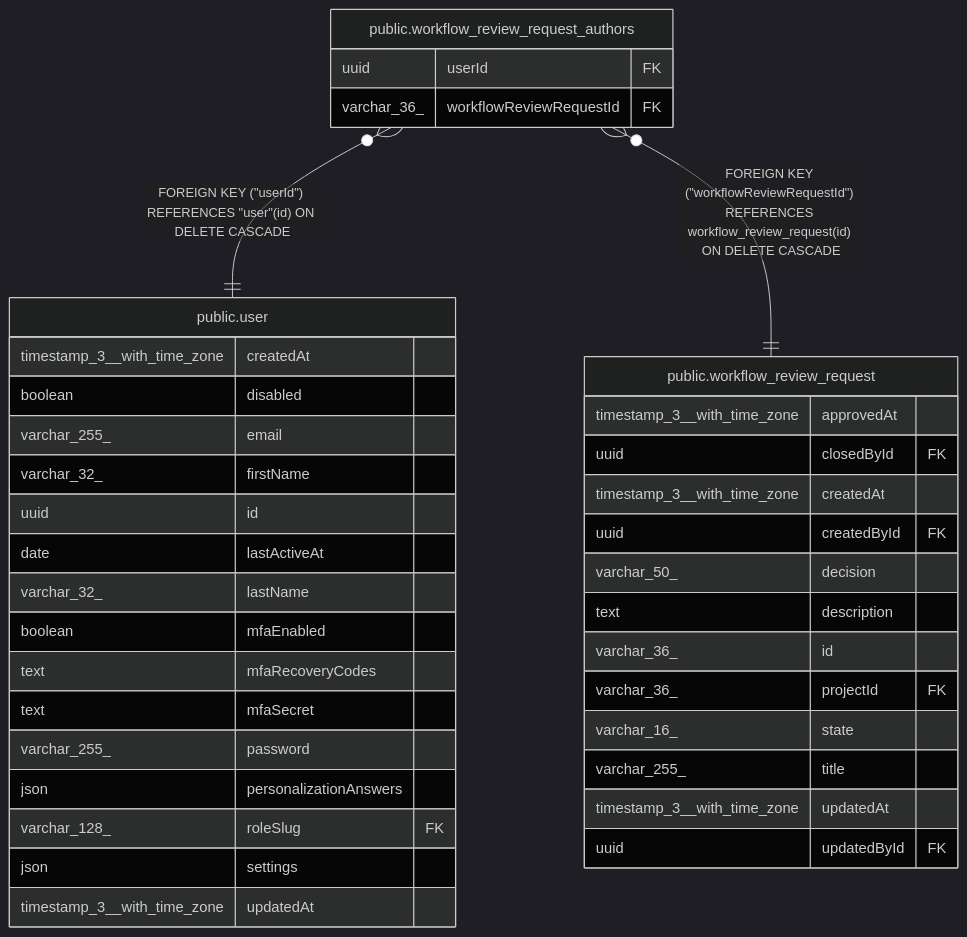
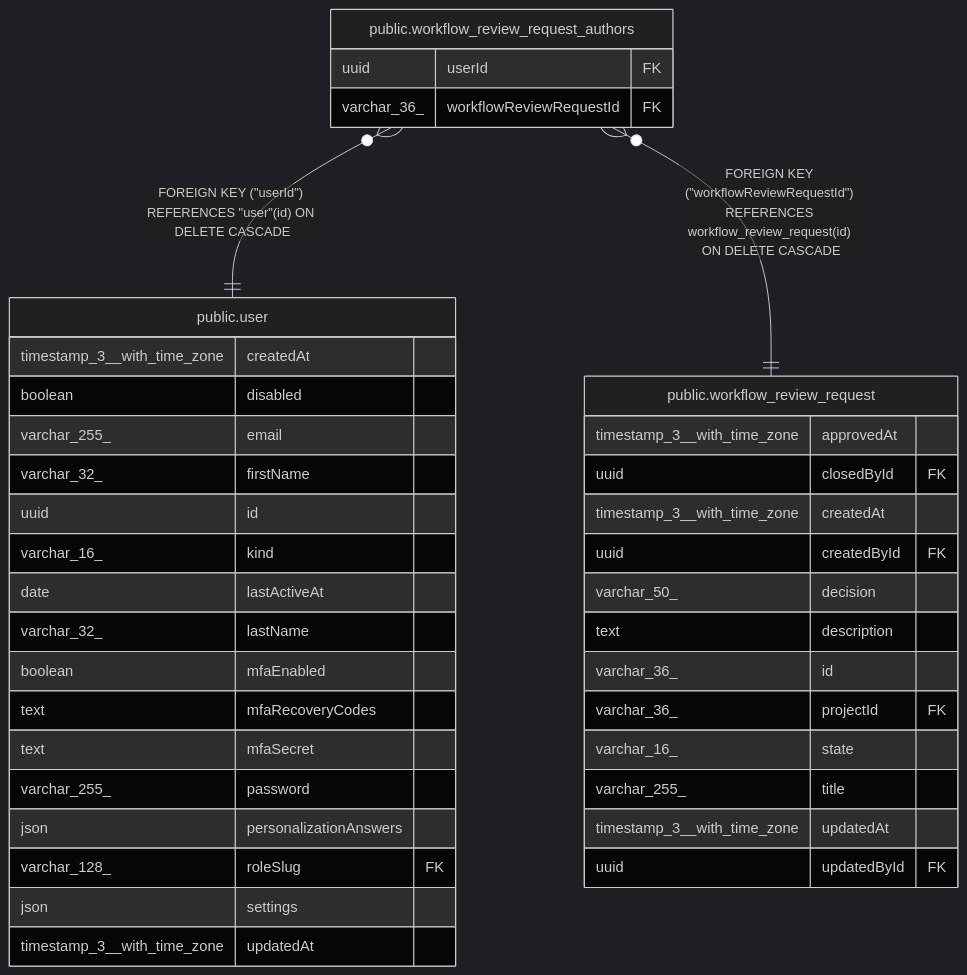
Before and after one commit to sreent/n8n: the diagram in docs/generated/postgres-schema/public.workflow_review_request_authors.md, drawn with Mermaid (dark theme). The commit also changed 7993 other files, not shown here.

````diff
--- a/docs/generated/postgres-schema/public.workflow_review_request_authors.md
+++ b/docs/generated/postgres-schema/public.workflow_review_request_authors.md
@@ -29,42 +29,43 @@
 ```mermaid
 erDiagram
 
 "public.workflow_review_request_authors" }o--|| "public.user" : "FOREIGN KEY (#quot;userId#quot;) REFERENCES #quot;user#quot;(id) ON DELETE CASCADE"
 "public.workflow_review_request_authors" }o--|| "public.workflow_review_request" : "FOREIGN KEY (#quot;workflowReviewRequestId#quot;) REFERENCES workflow_review_request(id) ON DELETE CASCADE"
 
 "public.workflow_review_request_authors" {
   uuid userId FK
   varchar_36_ workflowReviewRequestId FK
 }
 "public.user" {
   timestamp_3__with_time_zone createdAt
   boolean disabled
   varchar_255_ email
   varchar_32_ firstName
   uuid id
+  varchar_16_ kind
   date lastActiveAt
   varchar_32_ lastName
   boolean mfaEnabled
   text mfaRecoveryCodes
   text mfaSecret
   varchar_255_ password
   json personalizationAnswers
   varchar_128_ roleSlug FK
   json settings
   timestamp_3__with_time_zone updatedAt
 }
 "public.workflow_review_request" {
   timestamp_3__with_time_zone approvedAt
   uuid closedById FK
   timestamp_3__with_time_zone createdAt
   uuid createdById FK
   varchar_50_ decision
   text description
   varchar_36_ id
   varchar_36_ projectId FK
   varchar_16_ state
   varchar_255_ title
   timestamp_3__with_time_zone updatedAt
   uuid updatedById FK
 }
 ```
````
